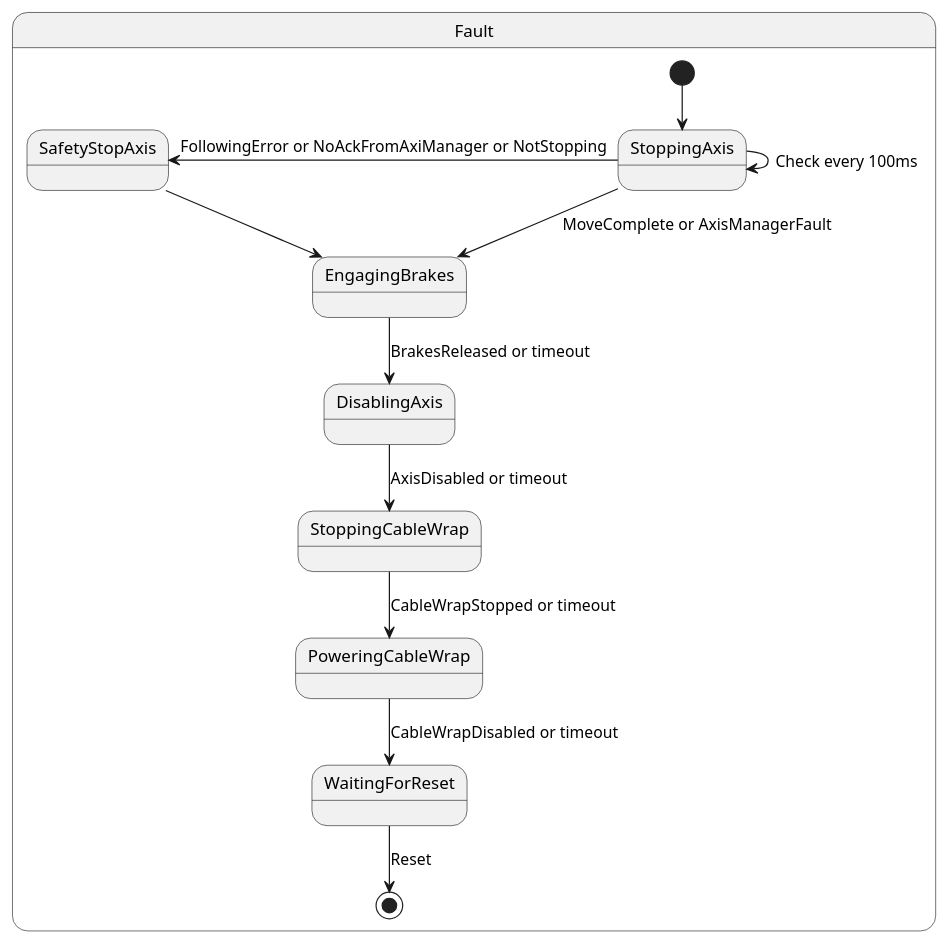
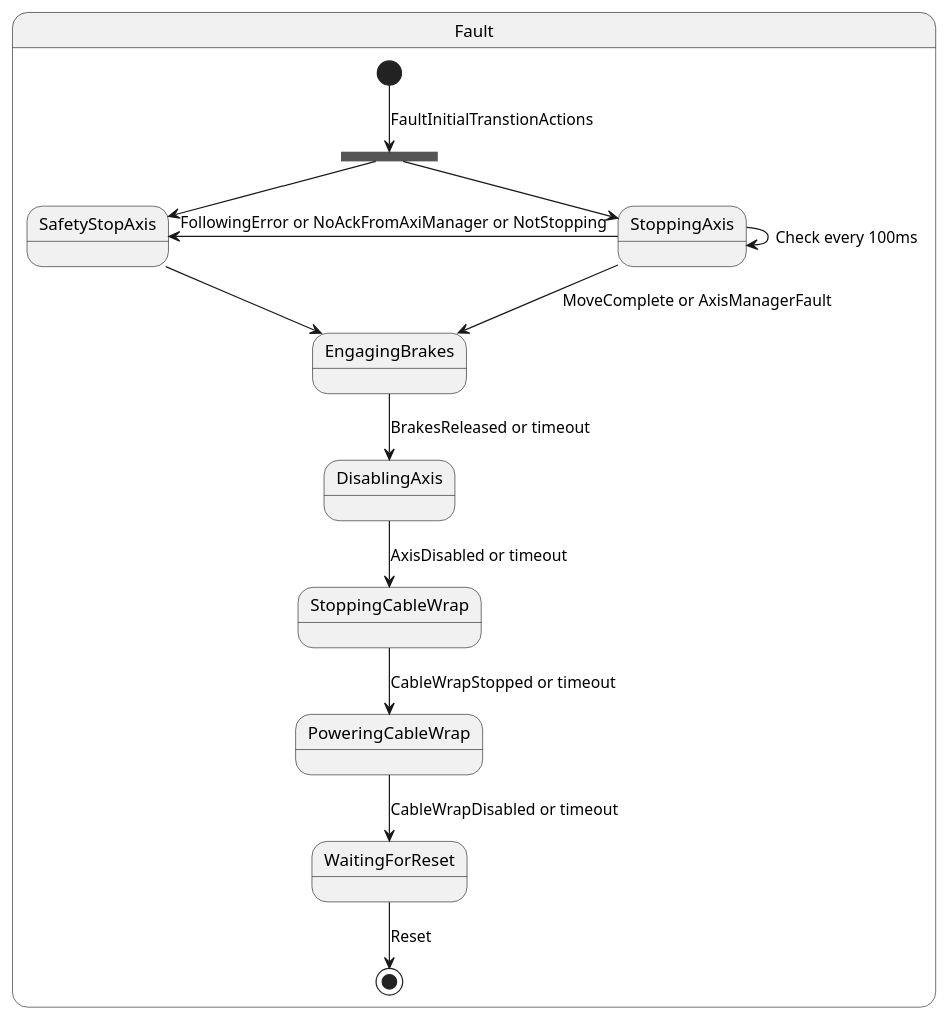
The fifth of 5 diagrams in 10 Subsystems Azimuth and Elevacion/04 State Machine.md (lsst-ts/ts_tma_tma-documentation_pxi-controller_documentation), drawn with PlantUML before and after one commit. The commit also changed other lines of this file, not shown here.

Commit message:
feat: modify documentation due to state machine changes in fault state

````diff
--- a/10 Subsystems Azimuth and Elevacion/04 State Machine.md
+++ b/10 Subsystems Azimuth and Elevacion/04 State Machine.md
@@ -163,25 +163,28 @@
 ```plantuml
 @startuml
 state Fault{
       state StoppingAxis
       state SafetyStopAxis
       state EngagingBrakes
       state DisablingAxis
       state StoppingCableWrap
       state PoweringCableWrap  
-      state WaitingForReset   
+      state WaitingForReset 
+      state fork_state <<fork>>  
 
-      [*]-->StoppingAxis 
+      [*]-->fork_state : FaultInitialTranstionActions
+      fork_state --> StoppingAxis 
+      fork_state --> SafetyStopAxis
       StoppingAxis-->StoppingAxis : Check every 100ms
       StoppingAxis-left->SafetyStopAxis : FollowingError or NoAckFromAxiManager or NotStopping
       SafetyStopAxis-->EngagingBrakes
       StoppingAxis-->EngagingBrakes : MoveComplete or AxisManagerFault
       EngagingBrakes-->DisablingAxis : BrakesReleased or timeout
       DisablingAxis-->StoppingCableWrap : AxisDisabled or timeout
       StoppingCableWrap-->PoweringCableWrap : CableWrapStopped or timeout
       PoweringCableWrap-->WaitingForReset : CableWrapDisabled or timeout
       WaitingForReset --> [*] : Reset
     }
 
 @enduml
 ```
````
